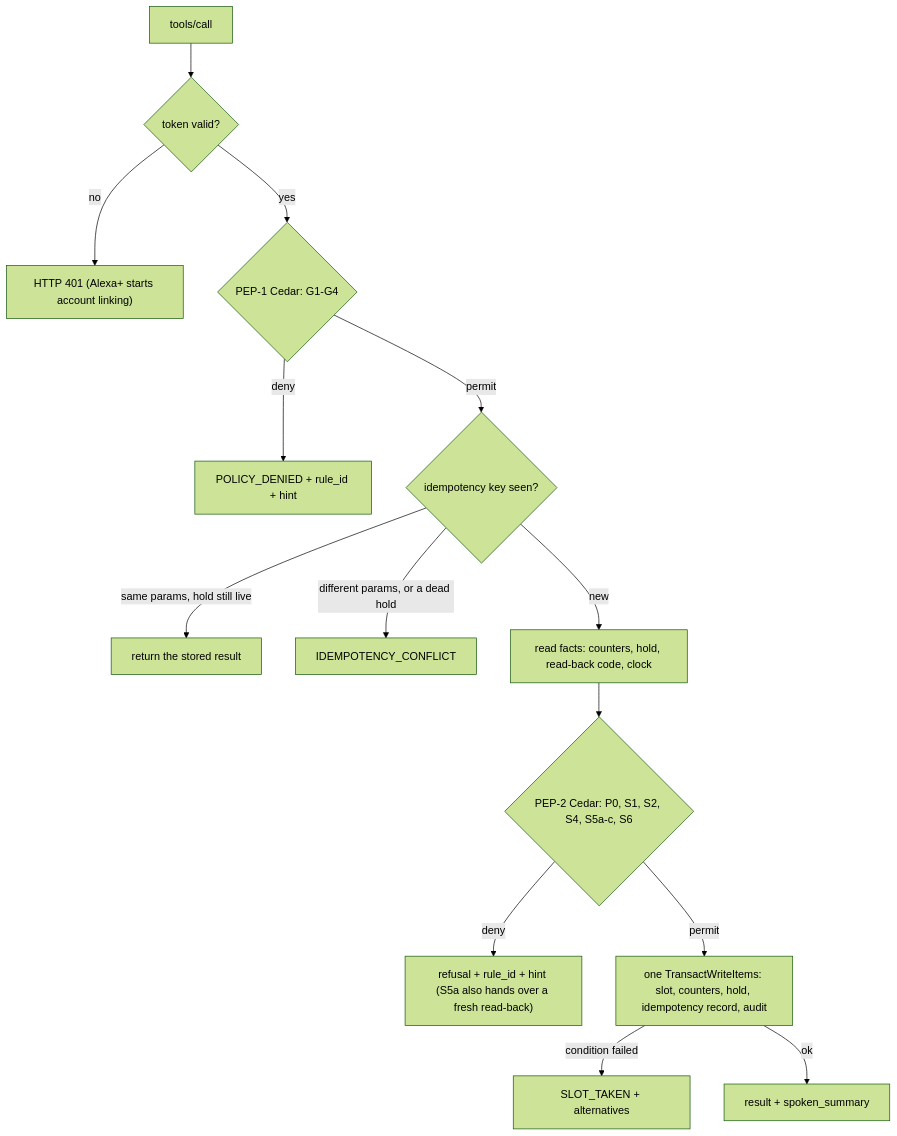
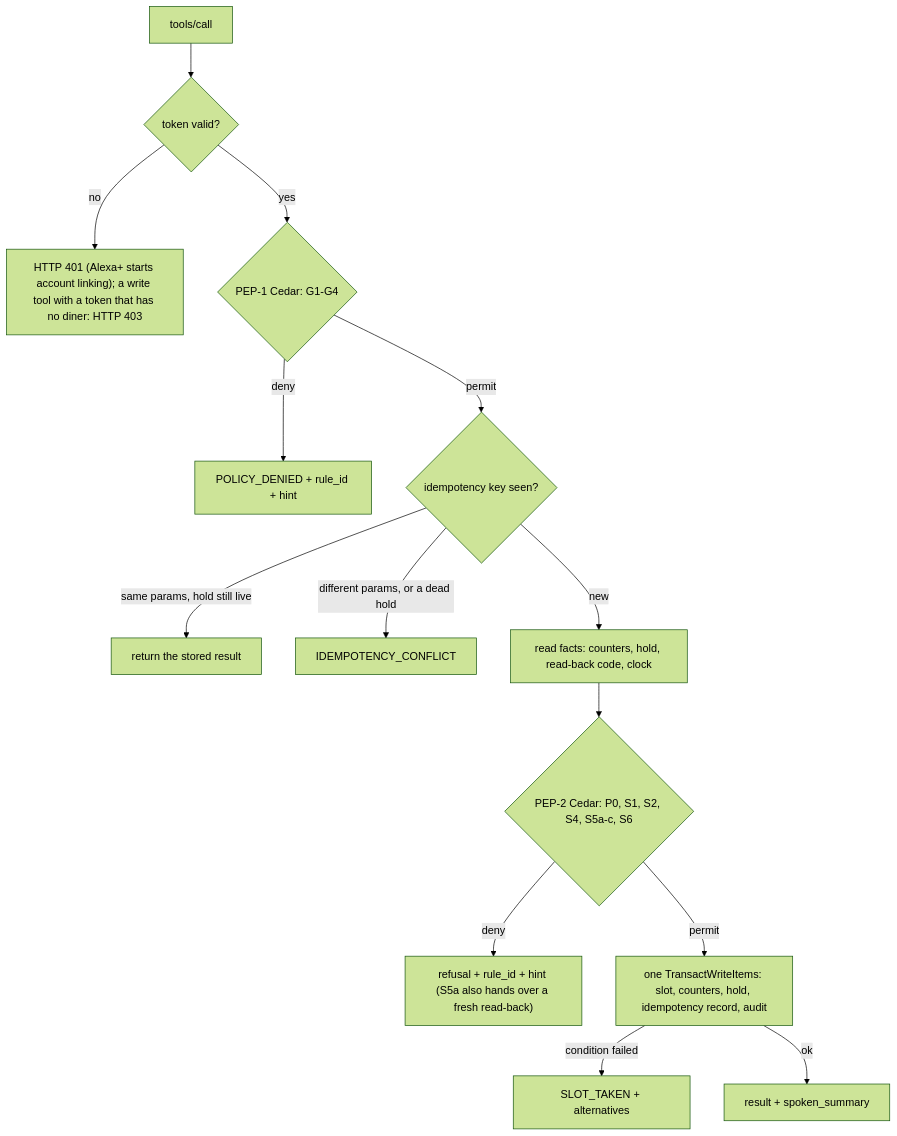
The second of 3 diagrams in docs/ARCHITECTURE.md (thphuc06/FairTable), drawn with Mermaid (forest theme) before and after one commit. The commit also changed other lines of this file and 31 other files, not shown here.

````diff
--- a/docs/ARCHITECTURE.md
+++ b/docs/ARCHITECTURE.md
@@ -78,16 +78,16 @@
 ```mermaid
 flowchart TD
   A["tools/call"] --> T{"token valid?"}
-  T -- no --> U["HTTP 401 (Alexa+ starts account linking)"]
+  T -- no --> U["HTTP 401 (Alexa+ starts account linking); a write tool with a token that has no diner: HTTP 403"]
   T -- yes --> P1{"PEP-1 Cedar: G1-G4"}
   P1 -- deny --> R1["POLICY_DENIED + rule_id + hint"]
   P1 -- permit --> I{"idempotency key seen?"}
   I -- "same params, hold still live" --> RP["return the stored result"]
   I -- "different params, or a dead hold" --> C["IDEMPOTENCY_CONFLICT"]
   I -- new --> F["read facts: counters, hold, read-back code, clock"]
   F --> P2{"PEP-2 Cedar: P0, S1, S2, S4, S5a-c, S6"}
   P2 -- "deny" --> R2["refusal + rule_id + hint (S5a also hands over a fresh read-back)"]
   P2 -- permit --> W["one TransactWriteItems: slot, counters, hold, idempotency record, audit"]
   W -- "condition failed" --> S["SLOT_TAKEN + alternatives"]
   W -- ok --> OK["result + spoken_summary"]
 ```
````
